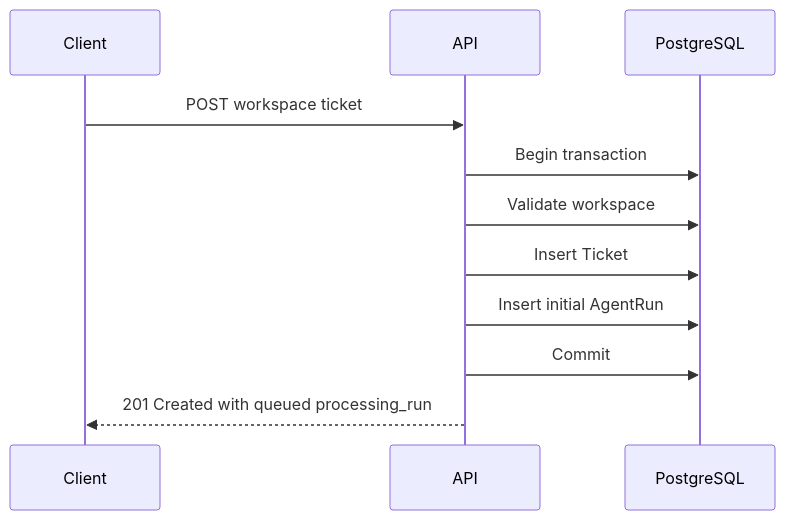
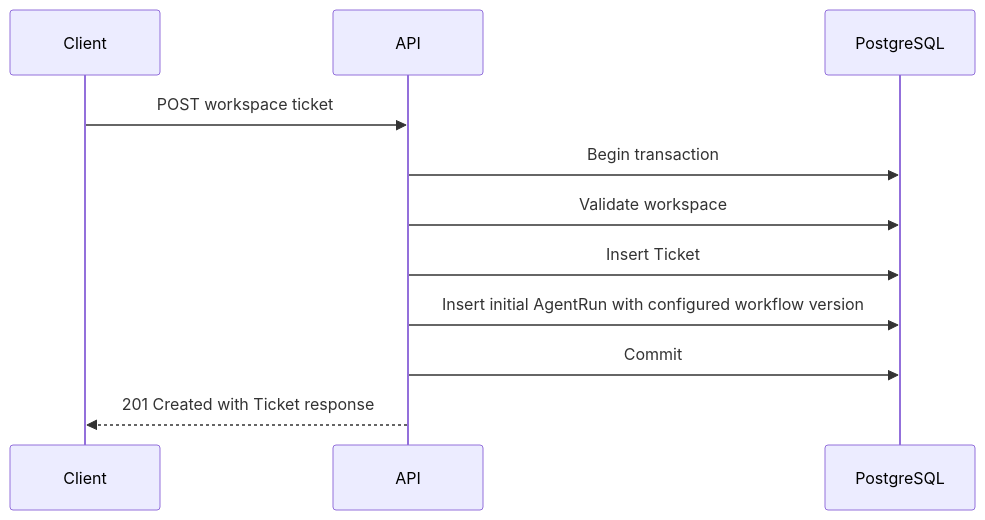
The second of 8 diagrams in docs/architecture/runtime-topology.md (philgodoy96/supportops-ai-platform), drawn with Mermaid before and after one commit. The commit also changed other lines of this file and 6 other files, not shown here.

````diff
--- a/docs/architecture/runtime-topology.md
+++ b/docs/architecture/runtime-topology.md
@@ -160,14 +174,14 @@
 ```mermaid
 sequenceDiagram
     participant Client
     participant API
     participant PostgreSQL
 
     Client->>API: POST workspace ticket
     API->>PostgreSQL: Begin transaction
     API->>PostgreSQL: Validate workspace
     API->>PostgreSQL: Insert Ticket
-    API->>PostgreSQL: Insert initial AgentRun
+    API->>PostgreSQL: Insert initial AgentRun with configured workflow version
     API->>PostgreSQL: Commit
-    API-->>Client: 201 Created with queued processing_run
+    API-->>Client: 201 Created with Ticket response
 ```
````
